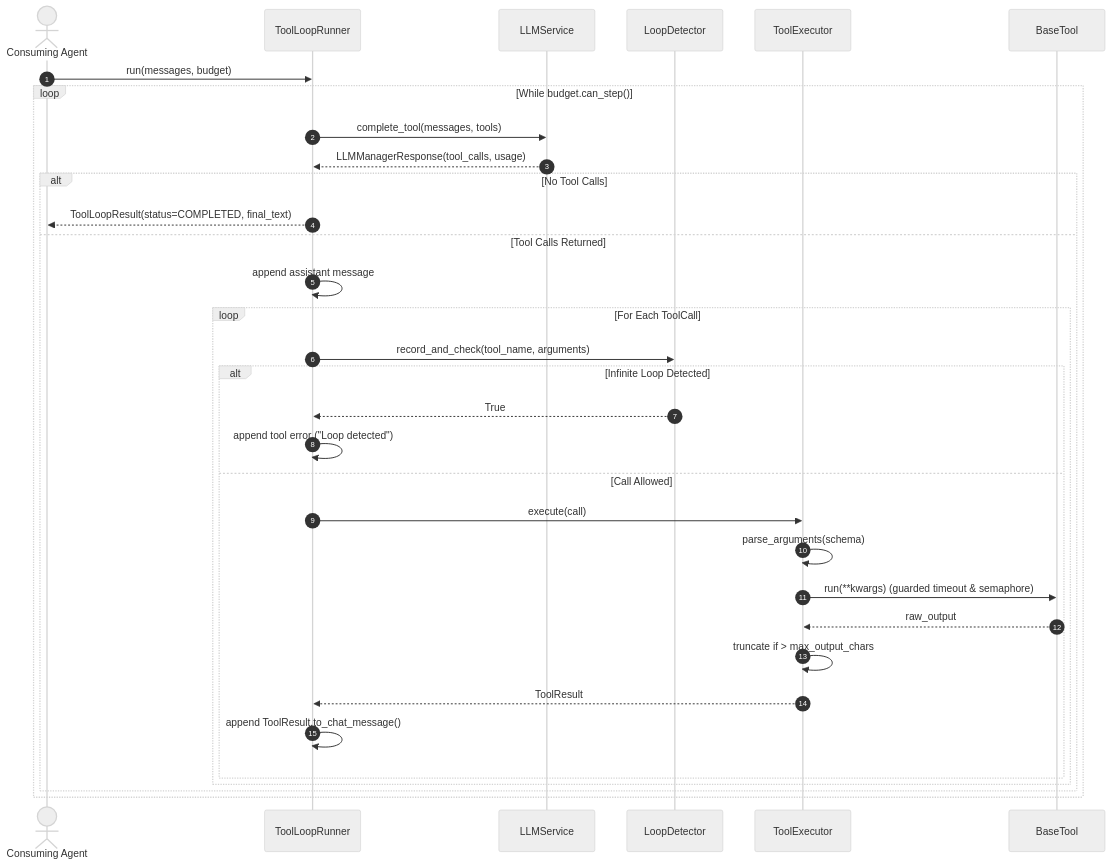
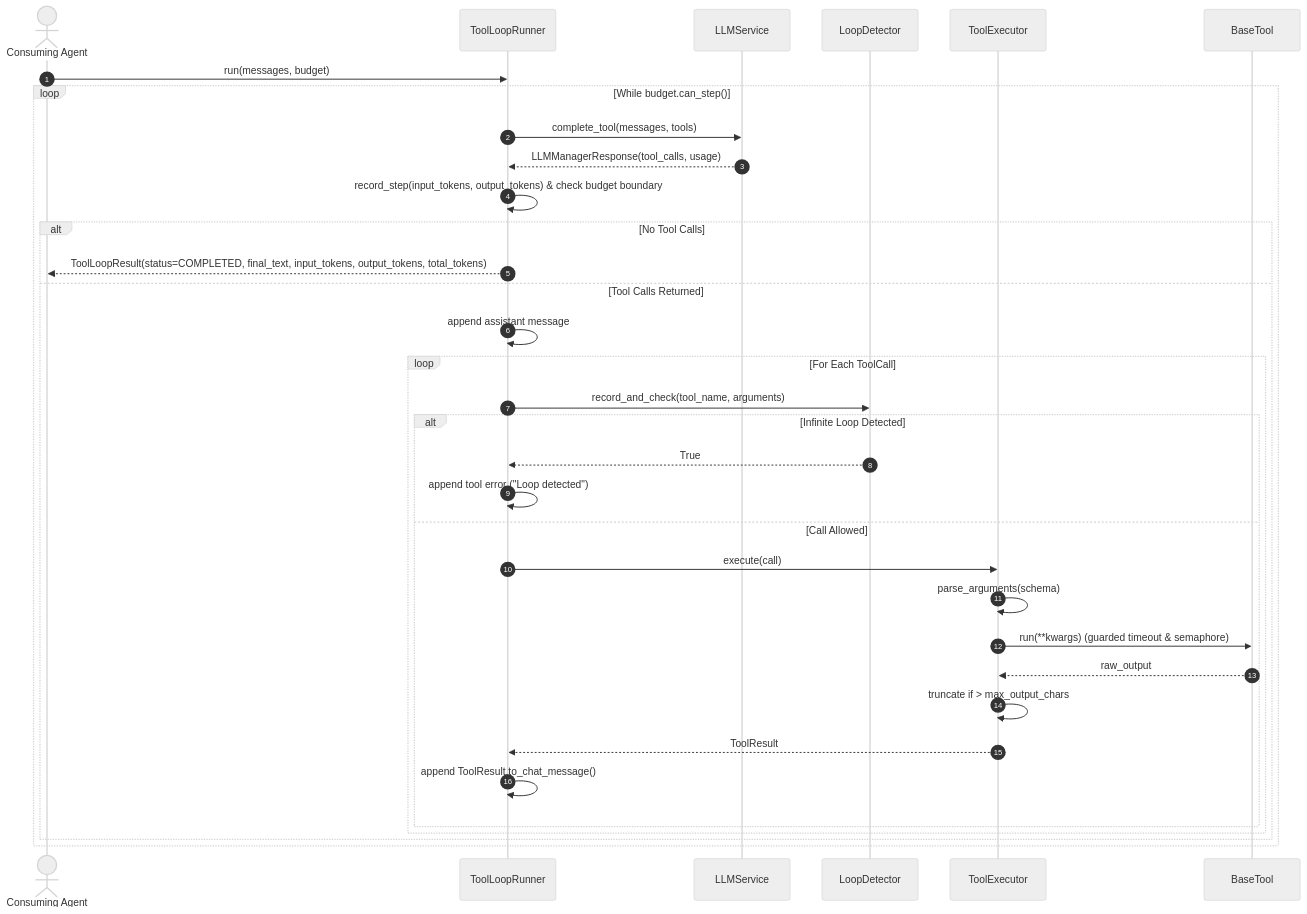
Before and after one commit to harshilkatharva/genai-engineer-journey: the tenth of 13 diagrams in packages/genai-core/docs/FLOW.md, drawn with Mermaid (neutral theme). The commit also changed 6 other files, not shown here.

Commit message:
feat: add separate input and output token tracking to tool loop runner and result in genai-core package.

````diff
--- a/packages/genai-core/docs/FLOW.md
+++ b/packages/genai-core/docs/FLOW.md
@@ -746,36 +746,37 @@
 ```mermaid
 sequenceDiagram
     autonumber
     actor Caller as Consuming Agent
     participant Runner as ToolLoopRunner
     participant LLM as LLMService
     participant Detector as LoopDetector
     participant Exec as ToolExecutor
     participant Tool as BaseTool
 
     Caller->>Runner: run(messages, budget)
     loop While budget.can_step()
         Runner->>LLM: complete_tool(messages, tools)
         LLM-->>Runner: LLMManagerResponse(tool_calls, usage)
+        Runner->>Runner: record_step(input_tokens, output_tokens) & check budget boundary
         alt No Tool Calls
-            Runner-->>Caller: ToolLoopResult(status=COMPLETED, final_text)
+            Runner-->>Caller: ToolLoopResult(status=COMPLETED, final_text, input_tokens, output_tokens, total_tokens)
         else Tool Calls Returned
             Runner->>Runner: append assistant message
             loop For Each ToolCall
                 Runner->>Detector: record_and_check(tool_name, arguments)
                 alt Infinite Loop Detected
                     Detector-->>Runner: True
                     Runner->>Runner: append tool error ("Loop detected")
                 else Call Allowed
                     Runner->>Exec: execute(call)
                     Exec->>Exec: parse_arguments(schema)
                     Exec->>Tool: run(**kwargs) (guarded timeout & semaphore)
                     Tool-->>Exec: raw_output
                     Exec->>Exec: truncate if > max_output_chars
                     Exec-->>Runner: ToolResult
                     Runner->>Runner: append ToolResult.to_chat_message()
                 end
             end
         end
     end
 ```
````
